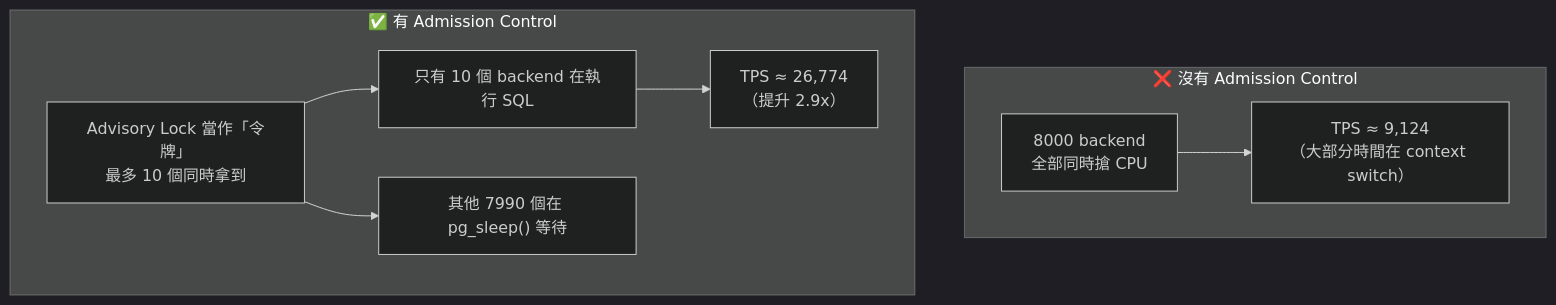
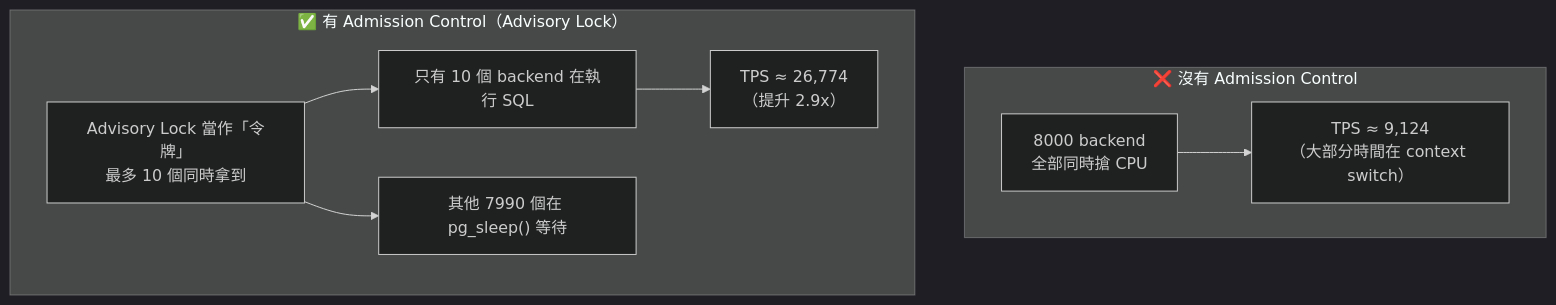
Before and after one commit to henry-tpwong/postgresql_note: diagram 23 of 30 in lock/PostgreSQL_Lock.md, drawn with Mermaid (dark theme). The commit also changed other lines of this file, not shown here.

First line of the commit message:
docs(lock): 全面重构 PostgreSQL Lock 指南，新增行锁/表锁/NET8 等章节

````diff
--- a/lock/PostgreSQL_Lock.md
+++ b/lock/PostgreSQL_Lock.md
@@ -1091,17 +1692,17 @@
 ```mermaid
 flowchart TD
     subgraph without["❌ 沒有 Admission Control"]
         W1["8000 backend<br/>全部同時搶 CPU"]
         W2["TPS ≈ 9,124<br/>（大部分時間在 context switch）"]
         W1 --> W2
     end
 
-    subgraph with["✅ 有 Admission Control"]
+    subgraph with["✅ 有 Admission Control（Advisory Lock）"]
         A1["Advisory Lock 當作「令牌」<br/>最多 10 個同時拿到"]
         A2["只有 10 個 backend 在執行 SQL"]
         A3["其他 7990 個在 pg_sleep() 等待"]
         A4["TPS ≈ 26,774<br/>（提升 2.9x）"]
         A1 --> A2 --> A4
         A1 --> A3
     end
 ```
````
